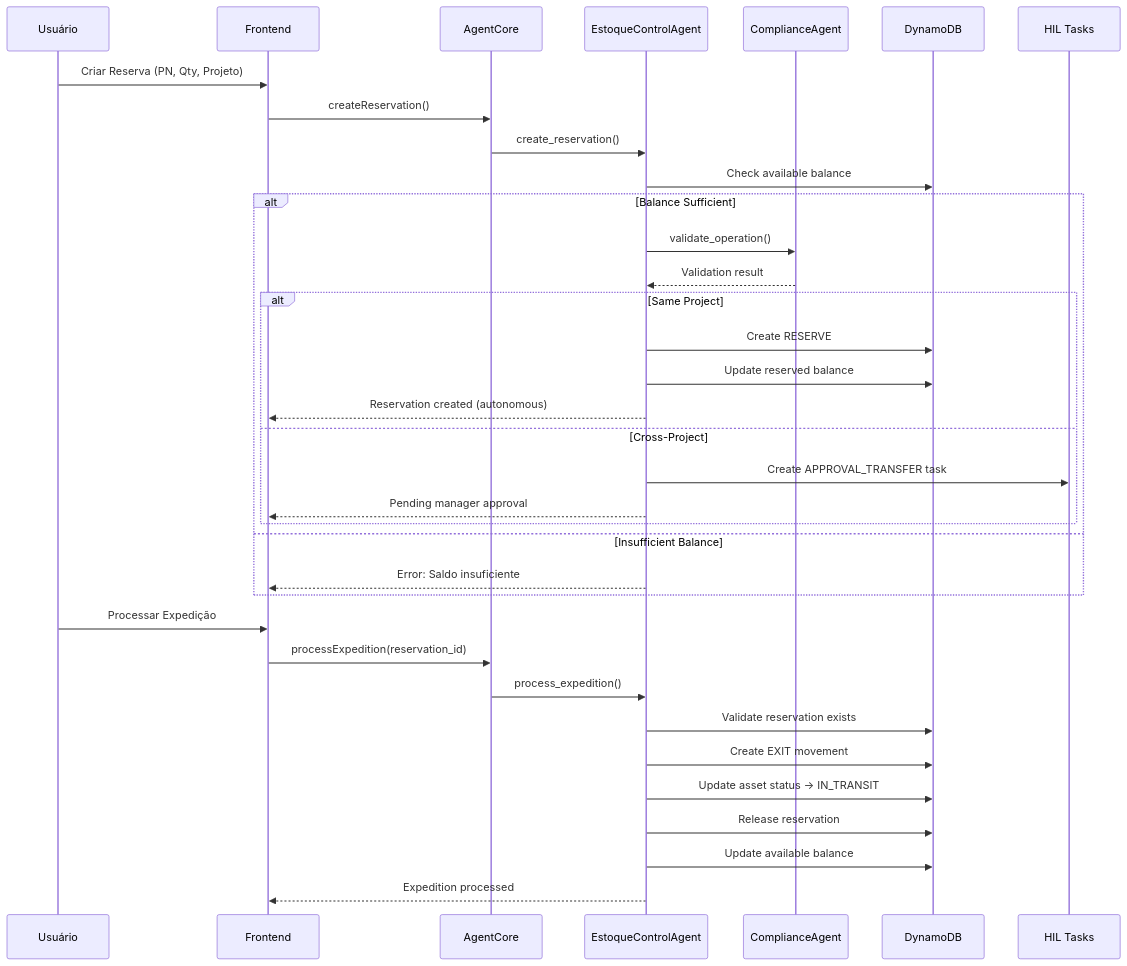
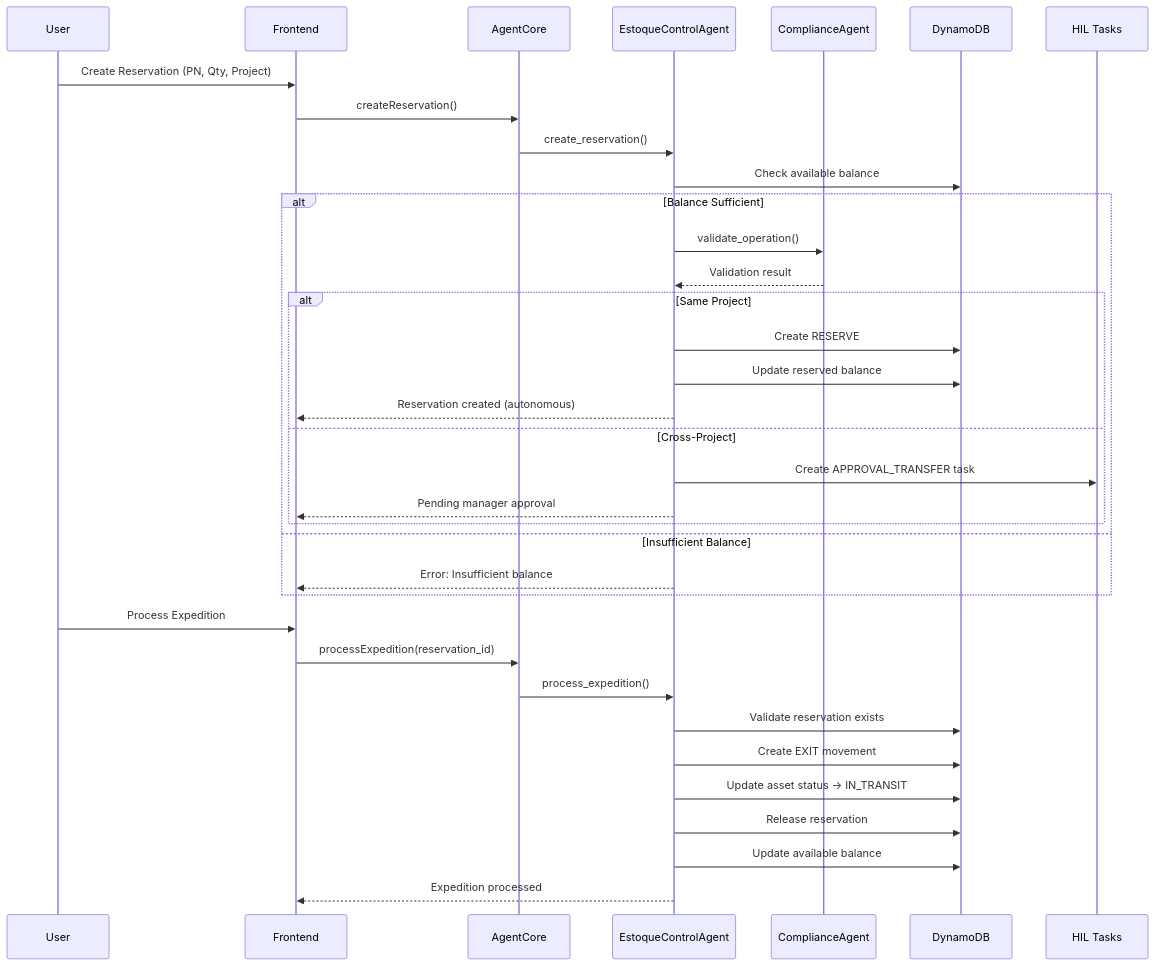
One commit to LPDigital-Agent/lpd-faiston-allinone changed diagram 14 of 19 in docs/architecture/SGA_ESTOQUE_ARCHITECTURE.md. Above: the diagram before and after it, drawn with Mermaid. The commit also changed other lines of this file and 14 other files, not shown here.

First line of the commit message:
🐛 fix(nexo-import): fix priority inversion bug in column creation flow

````diff
--- a/docs/architecture/SGA_ESTOQUE_ARCHITECTURE.md
+++ b/docs/architecture/SGA_ESTOQUE_ARCHITECTURE.md
@@ -519,43 +680,43 @@
 ```mermaid
 sequenceDiagram
-    participant U as Usuário
+    participant U as User
     participant FE as Frontend
     participant AC as AgentCore
     participant EC as EstoqueControlAgent
     participant CP as ComplianceAgent
     participant DDB as DynamoDB
     participant HIL as HIL Tasks
 
-    %% Reserva
-    U->>FE: Criar Reserva (PN, Qty, Projeto)
+    %% Reservation
+    U->>FE: Create Reservation (PN, Qty, Project)
     FE->>AC: createReservation()
     AC->>EC: create_reservation()
     EC->>DDB: Check available balance
 
     alt Balance Sufficient
         EC->>CP: validate_operation()
         CP-->>EC: Validation result
 
         alt Same Project
             EC->>DDB: Create RESERVE#
             EC->>DDB: Update reserved balance
             EC-->>FE: Reservation created (autonomous)
         else Cross-Project
             EC->>HIL: Create APPROVAL_TRANSFER task
             EC-->>FE: Pending manager approval
         end
     else Insufficient Balance
-        EC-->>FE: Error: Saldo insuficiente
+        EC-->>FE: Error: Insufficient balance
     end
 
-    %% Expedição
-    U->>FE: Processar Expedição
+    %% Expedition
+    U->>FE: Process Expedition
     FE->>AC: processExpedition(reservation_id)
     AC->>EC: process_expedition()
     EC->>DDB: Validate reservation exists
     EC->>DDB: Create EXIT movement
     EC->>DDB: Update asset status → IN_TRANSIT
     EC->>DDB: Release reservation
     EC->>DDB: Update available balance
     EC-->>FE: Expedition processed
 ```
````
